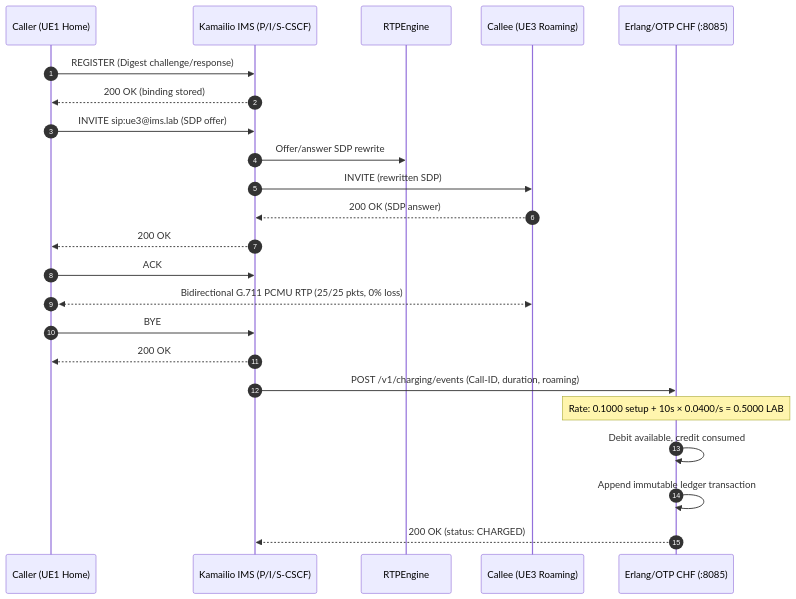
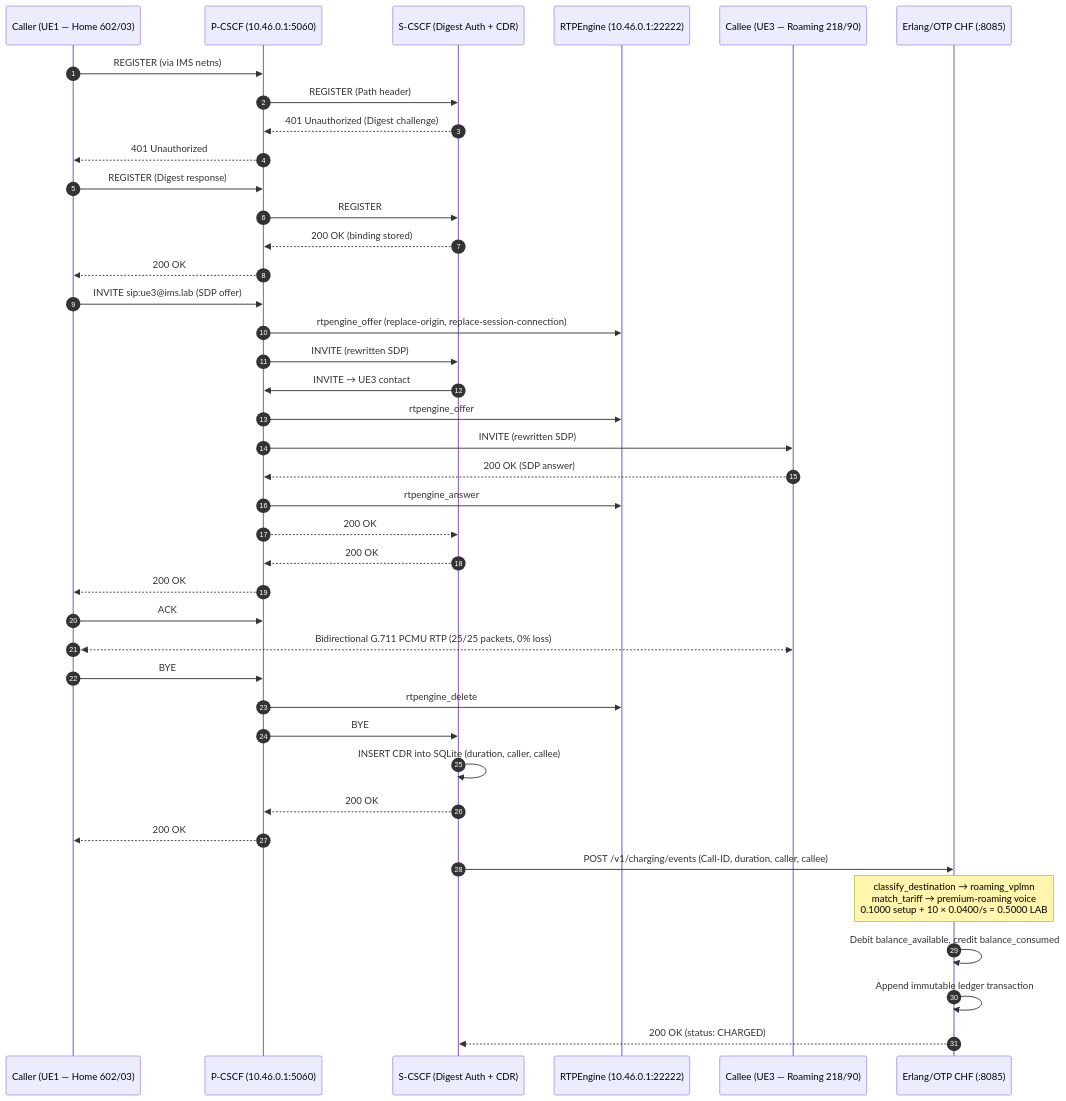
Before and after one commit to khattabpi/Open-Telecom-Lab: the second of 2 diagrams in README.md, drawn with Mermaid. The commit also changed other lines of this file and 23 other files, not shown here.

````diff
--- a/README.md
+++ b/README.md
@@ -84,26 +177,47 @@
 ```mermaid
 sequenceDiagram
     autonumber
-    participant UE1 as Caller (UE1 Home)
-    participant IMS as Kamailio IMS (P/I/S-CSCF)
-    participant RTP as RTPEngine
-    participant UE3 as Callee (UE3 Roaming)
+    participant UE1 as Caller (UE1 — Home 602/03)
+    participant PCSCF as P-CSCF (10.46.0.1:5060)
+    participant SCSCF as S-CSCF (Digest Auth + CDR)
+    participant RTP as RTPEngine (10.46.0.1:22222)
+    participant UE3 as Callee (UE3 — Roaming 218/90)
     participant CHF as Erlang/OTP CHF (:8085)
 
-    UE1->>IMS: REGISTER (Digest challenge/response)
-    IMS-->>UE1: 200 OK (binding stored)
-    UE1->>IMS: INVITE sip:ue3@ims.lab (SDP offer)
-    IMS->>RTP: Offer/answer SDP rewrite
-    IMS->>UE3: INVITE (rewritten SDP)
-    UE3-->>IMS: 200 OK (SDP answer)
-    IMS-->>UE1: 200 OK
-    UE1->>IMS: ACK
-    UE1<<-->>UE3: Bidirectional G.711 PCMU RTP (25/25 pkts, 0% loss)
-    UE1->>IMS: BYE
-    IMS-->>UE1: 200 OK
-    IMS->>CHF: POST /v1/charging/events (Call-ID, duration, roaming)
-    Note over CHF: Rate: 0.1000 setup + 10s × 0.0400/s = 0.5000 LAB
-    CHF->>CHF: Debit available, credit consumed
+    UE1->>PCSCF: REGISTER (via IMS netns)
+    PCSCF->>SCSCF: REGISTER (Path header)
+    SCSCF-->>PCSCF: 401 Unauthorized (Digest challenge)
+    PCSCF-->>UE1: 401 Unauthorized
+    UE1->>PCSCF: REGISTER (Digest response)
+    PCSCF->>SCSCF: REGISTER
+    SCSCF-->>PCSCF: 200 OK (binding stored)
+    PCSCF-->>UE1: 200 OK
+
+    UE1->>PCSCF: INVITE sip:ue3@ims.lab (SDP offer)
+    PCSCF->>RTP: rtpengine_offer (replace-origin, replace-session-connection)
+    PCSCF->>SCSCF: INVITE (rewritten SDP)
+    SCSCF->>PCSCF: INVITE → UE3 contact
+    PCSCF->>RTP: rtpengine_offer
+    PCSCF->>UE3: INVITE (rewritten SDP)
+    UE3-->>PCSCF: 200 OK (SDP answer)
+    PCSCF->>RTP: rtpengine_answer
+    PCSCF-->>SCSCF: 200 OK
+    SCSCF-->>PCSCF: 200 OK
+    PCSCF-->>UE1: 200 OK
+    UE1->>PCSCF: ACK
+
+    UE1<<-->>UE3: Bidirectional G.711 PCMU RTP (25/25 packets, 0% loss)
+
+    UE1->>PCSCF: BYE
+    PCSCF->>RTP: rtpengine_delete
+    PCSCF->>SCSCF: BYE
+    SCSCF->>SCSCF: INSERT CDR into SQLite (duration, caller, callee)
+    SCSCF-->>PCSCF: 200 OK
+    PCSCF-->>UE1: 200 OK
+
+    SCSCF->>CHF: POST /v1/charging/events (Call-ID, duration, caller, callee)
+    Note over CHF: classify_destination → roaming_vplmn<br/>match_tariff → premium-roaming voice<br/>0.1000 setup + 10 × 0.0400/s = 0.5000 LAB
+    CHF->>CHF: Debit balance_available, credit balance_consumed
     CHF->>CHF: Append immutable ledger transaction
-    CHF-->>IMS: 200 OK (status: CHARGED)
+    CHF-->>SCSCF: 200 OK (status: CHARGED)
 ```
````
